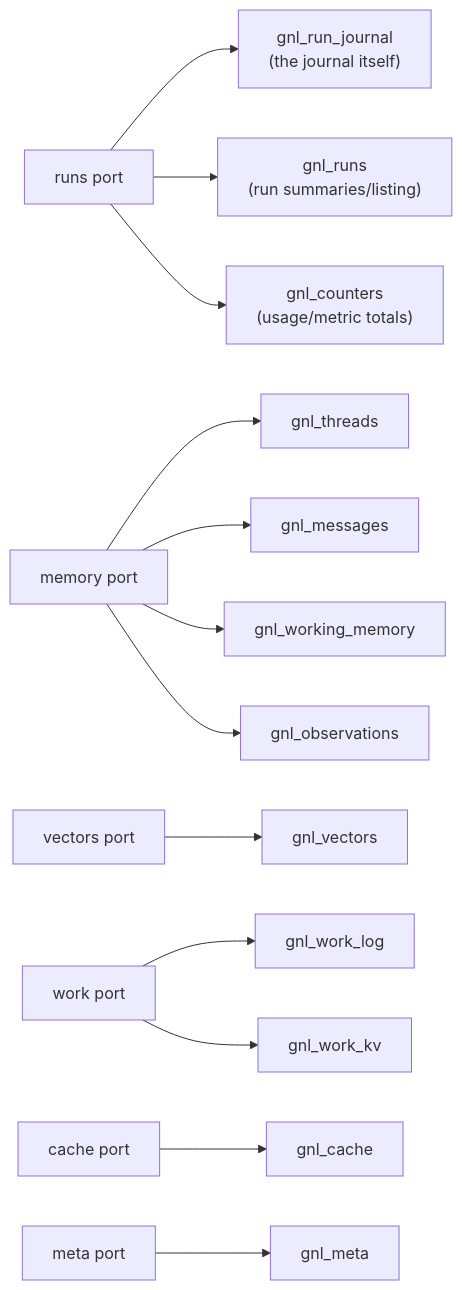
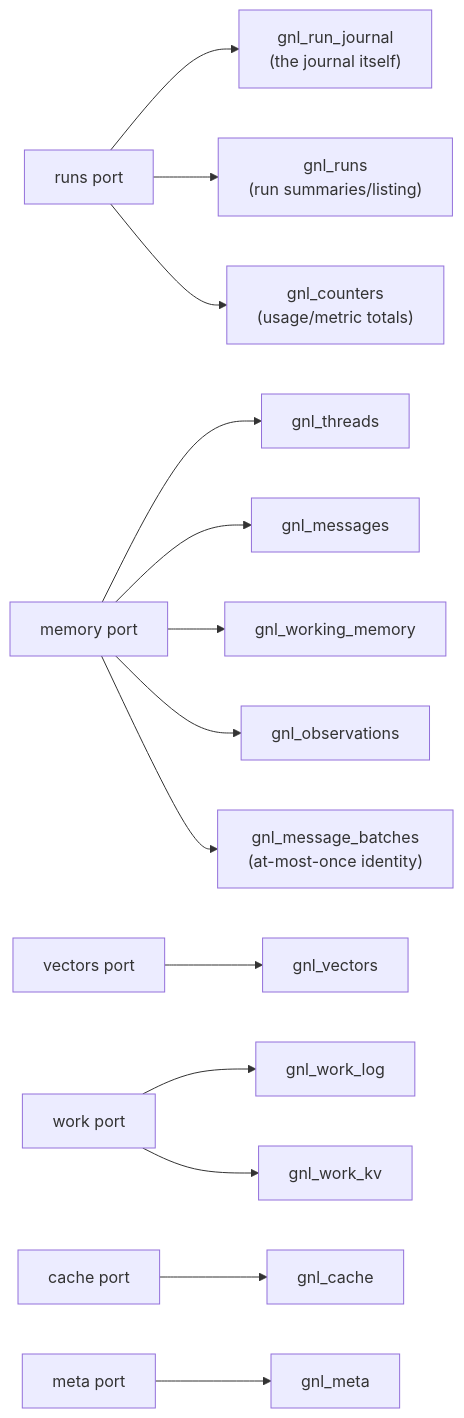
Before and after one commit to Karaca7/gnldev: the third of 10 diagrams in docs/GUIDE.md, drawn with Mermaid. The commit also changed other lines of this file and 5 other files, not shown here.

````diff
--- a/docs/GUIDE.md
+++ b/docs/GUIDE.md
@@ -220,11 +220,11 @@
 ```mermaid
 graph LR
     runs["runs port"] --> T1["gnl_run_journal<br/>(the journal itself)"]
     runs --> T2["gnl_runs<br/>(run summaries/listing)"]
-    memory["memory port"] --> T3["gnl_threads"] & T4["gnl_messages"] & T5["gnl_working_memory"] & T6["gnl_observations"]
+    memory["memory port"] --> T3["gnl_threads"] & T4["gnl_messages"] & T5["gnl_working_memory"] & T6["gnl_observations"] & T13["gnl_message_batches<br/>(at-most-once identity)"]
     vectors["vectors port"] --> T7["gnl_vectors"]
     work["work port"] --> T8["gnl_work_log"] & T9["gnl_work_kv"]
     cache["cache port"] --> T10["gnl_cache"]
     meta["meta port"] --> T11["gnl_meta"]
     runs --> T12["gnl_counters<br/>(usage/metric totals)"]
 ```
````
